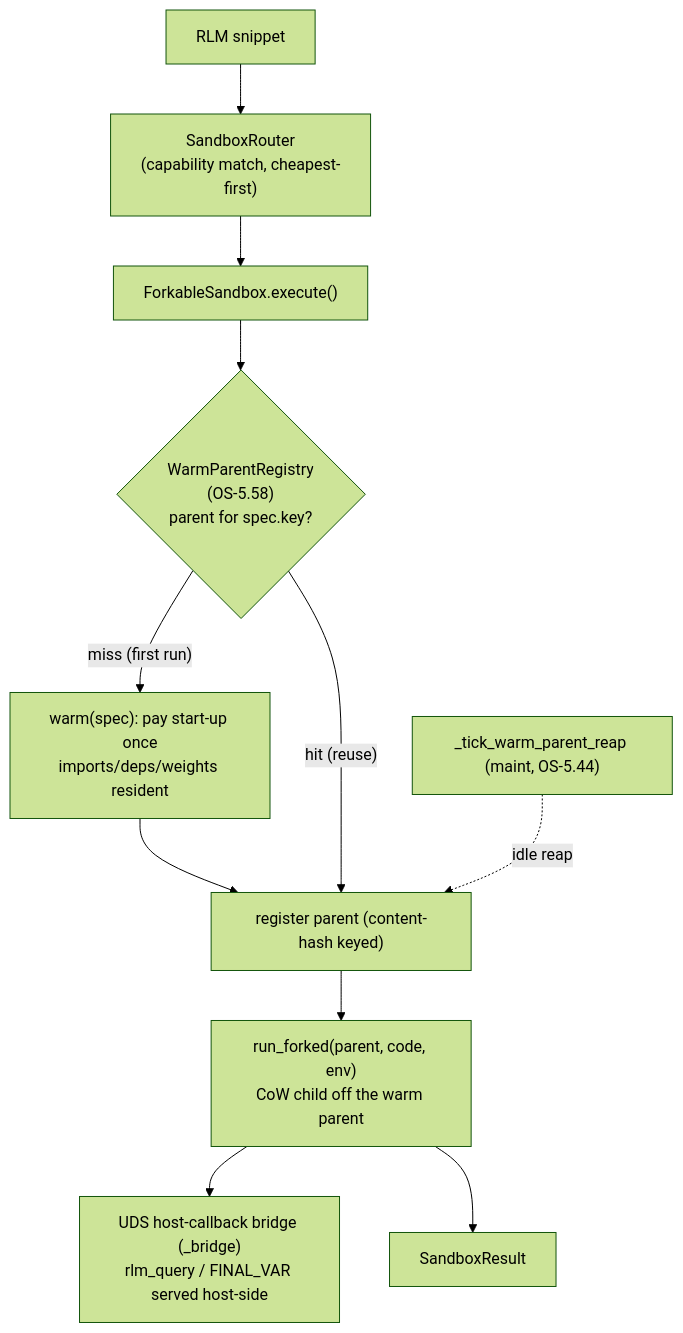
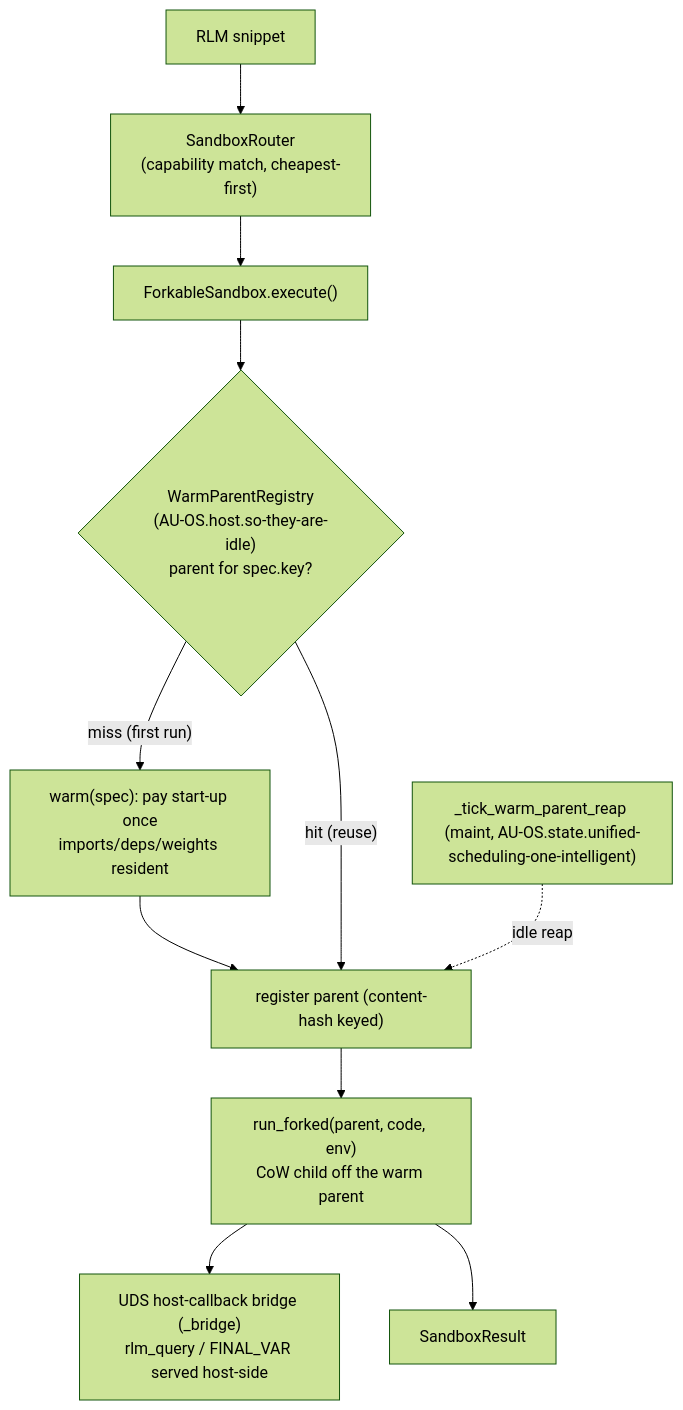
The first of 2 diagrams in docs/architecture/warm-fork-sandboxes.md (Knuckles-Team/agent-utilities), drawn with Mermaid (forest theme) before and after one commit. The commit also changed other lines of this file and 2324 other files, not shown here.

````diff
--- a/docs/architecture/warm-fork-sandboxes.md
+++ b/docs/architecture/warm-fork-sandboxes.md
@@ -56,13 +56,13 @@
 ```mermaid
 flowchart TB
     SNIP["RLM snippet"] --> ROUTER["SandboxRouter<br/>(capability match, cheapest-first)"]
     ROUTER --> EXEC["ForkableSandbox.execute()"]
-    EXEC --> REG{"WarmParentRegistry<br/>(OS-5.58)<br/>parent for spec.key?"}
+    EXEC --> REG{"WarmParentRegistry<br/>(AU-OS.host.so-they-are-idle)<br/>parent for spec.key?"}
     REG -- "miss (first run)" --> WARM["warm(spec): pay start-up once<br/>imports/deps/weights resident"]
     WARM --> POOL["register parent (content-hash keyed)"]
     REG -- "hit (reuse)" --> POOL
     POOL --> FORK["run_forked(parent, code, env)<br/>CoW child off the warm parent"]
     FORK --> BRIDGE["UDS host-callback bridge (_bridge)<br/>rlm_query / FINAL_VAR served host-side"]
     FORK --> RES["SandboxResult"]
-    TICK["_tick_warm_parent_reap (maint, OS-5.44)"] -. "idle reap" .-> POOL
+    TICK["_tick_warm_parent_reap (maint, AU-OS.state.unified-scheduling-one-intelligent)"] -. "idle reap" .-> POOL
 ```
````
